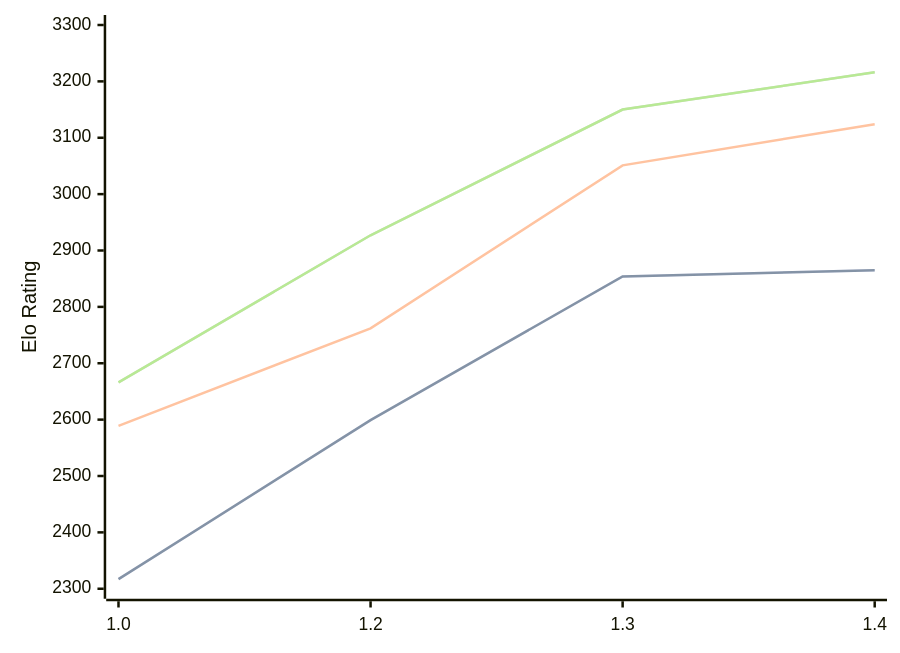
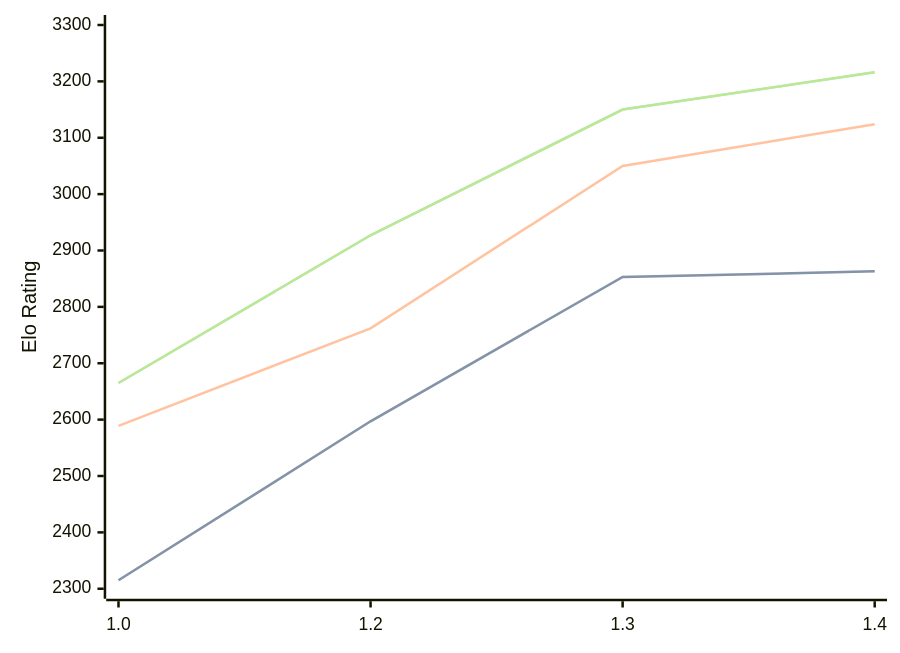
Before and after one commit to computer-chess-index/cci: the diagram in engines/Chessnix.md, drawn with Mermaid. The commit also changed other lines of this file, not shown here.

Commit message:
Update CCI Ratings (ELO VLTC) - 2026-06-12

````diff
--- a/engines/Chessnix.md
+++ b/engines/Chessnix.md
@@ -36,11 +36,11 @@
 ```mermaid
 %%{init: {"theme":"base","themeVariables":{"seriesColors:['#a3a3a3','#222221','#faa371']}}}%%
 xychart-beta
   x-axis ["1.0", "1.2", "1.3", "1.4"]
   y-axis "Elo Rating" 2300 --> 3300
-  line "STC (8.0+0.08s)" [2317, 2599, 2854, 2865]
-  line "STC (8.0+0.08s)" [2317, 2599, 2854, 2865]
-  line "LTC (60.0+0.60s)" [2589, 2762, 3051, 3124]
-  line "VLTC (2m24s+1.12s)" [2666, 2927, 3150, 3216]
-  line "VLTC (2m24s+1.12s)" [2666, 2927, 3150, 3216]
+  line "STC (8.0+0.08s)" [2315, 2597, 2853, 2863]
+  line "STC (8.0+0.08s)" [2315, 2597, 2853, 2863]
+  line "LTC (60.0+0.60s)" [2589, 2762, 3050, 3124]
+  line "VLTC (2m24s+1.12s)" [2665, 2927, 3150, 3216]
+  line "VLTC (2m24s+1.12s)" [2665, 2927, 3150, 3216]
 ```
````
